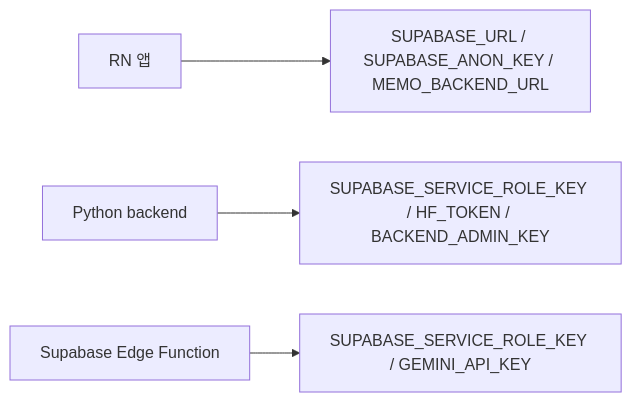
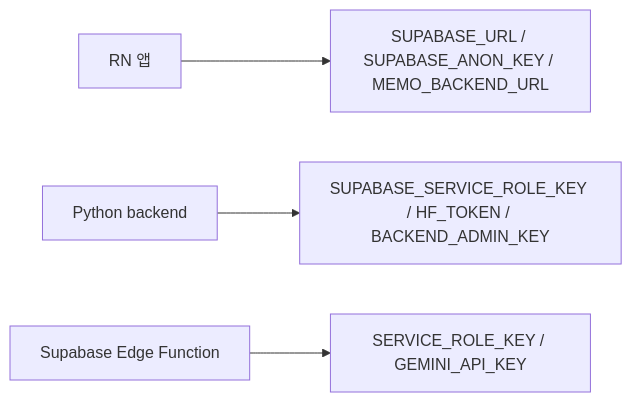
Before and after one commit to SUNGHOONOH/Subnota: diagram 12 of 12 in docs/flow.md, drawn with Mermaid. The commit also changed other lines of this file and 93 other files, not shown here.

````diff
--- a/docs/flow.md
+++ b/docs/flow.md
@@ -260,6 +315,6 @@
 ```mermaid
 flowchart LR
   A["RN 앱"] --> B["SUPABASE_URL / SUPABASE_ANON_KEY / MEMO_BACKEND_URL"]
   C["Python backend"] --> D["SUPABASE_SERVICE_ROLE_KEY / HF_TOKEN / BACKEND_ADMIN_KEY"]
-  E["Supabase Edge Function"] --> F["SUPABASE_SERVICE_ROLE_KEY / GEMINI_API_KEY"]
+  E["Supabase Edge Function"] --> F["SERVICE_ROLE_KEY / GEMINI_API_KEY"]
 ```
````
